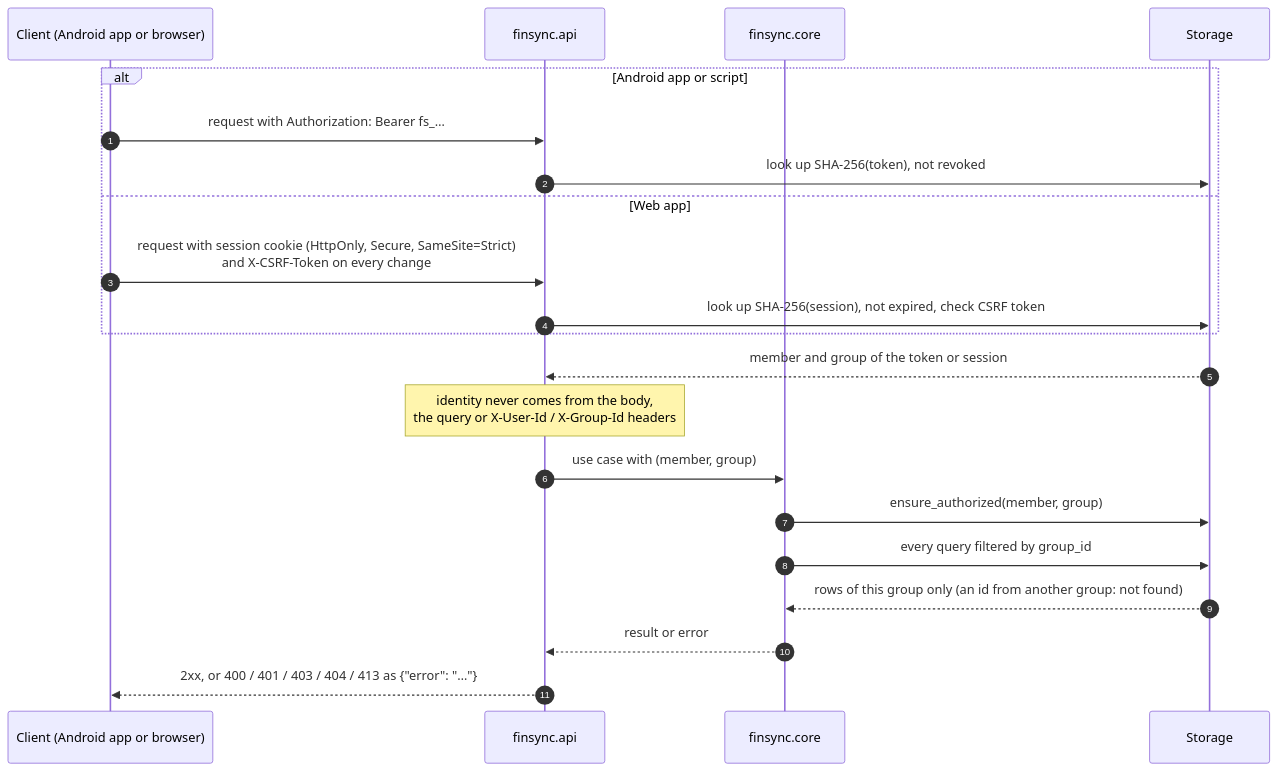
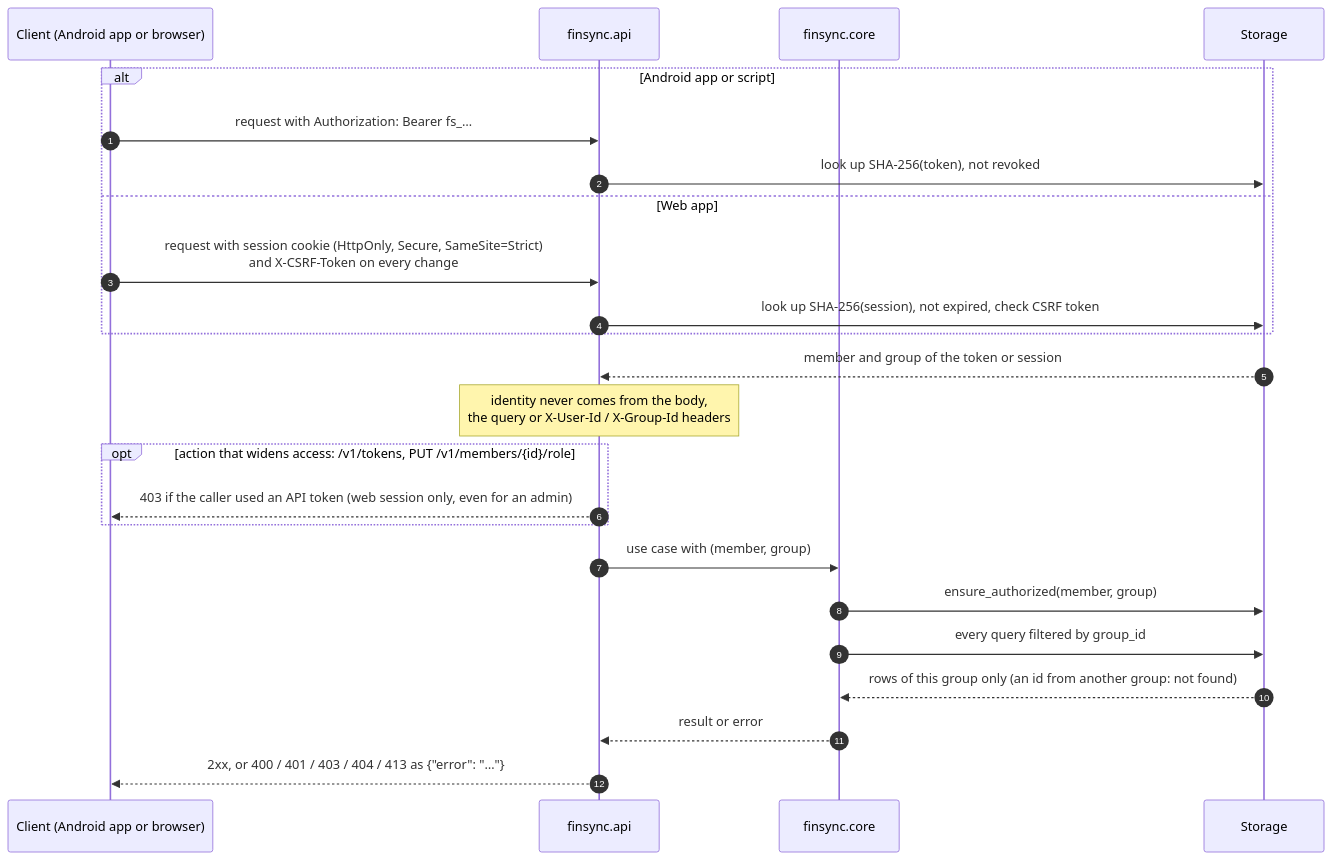
The sixth of 6 diagrams in docs/architecture/design-views.md (h270445/FinSync), drawn with Mermaid before and after one commit. The commit also changed other lines of this file and 20 other files, not shown here.

First line of the commit message:
Supervisor feedback of Nov 23: ADR 0012 accepted, role changes web-session only

````diff
--- a/docs/architecture/design-views.md
+++ b/docs/architecture/design-views.md
@@ -220,23 +223,26 @@
 ```mermaid
 sequenceDiagram
     autonumber
     participant C as Client (Android app or browser)
     participant A as finsync.api
     participant K as finsync.core
     participant D as Storage
     alt Android app or script
         C->>A: request with Authorization: Bearer fs_…
         A->>D: look up SHA-256(token), not revoked
     else Web app
         C->>A: request with session cookie (HttpOnly, Secure, SameSite=Strict)<br/>and X-CSRF-Token on every change
         A->>D: look up SHA-256(session), not expired, check CSRF token
     end
     D-->>A: member and group of the token or session
     Note over A: identity never comes from the body,<br/>the query or X-User-Id / X-Group-Id headers
+    opt action that widens access: /v1/tokens, PUT /v1/members/{id}/role
+        A-->>C: 403 if the caller used an API token (web session only, even for an admin)
+    end
     A->>K: use case with (member, group)
     K->>D: ensure_authorized(member, group)
     K->>D: every query filtered by group_id
     D-->>K: rows of this group only (an id from another group: not found)
     K-->>A: result or error
     A-->>C: 2xx, or 400 / 401 / 403 / 404 / 413 as {"error": "…"}
 ```
````
